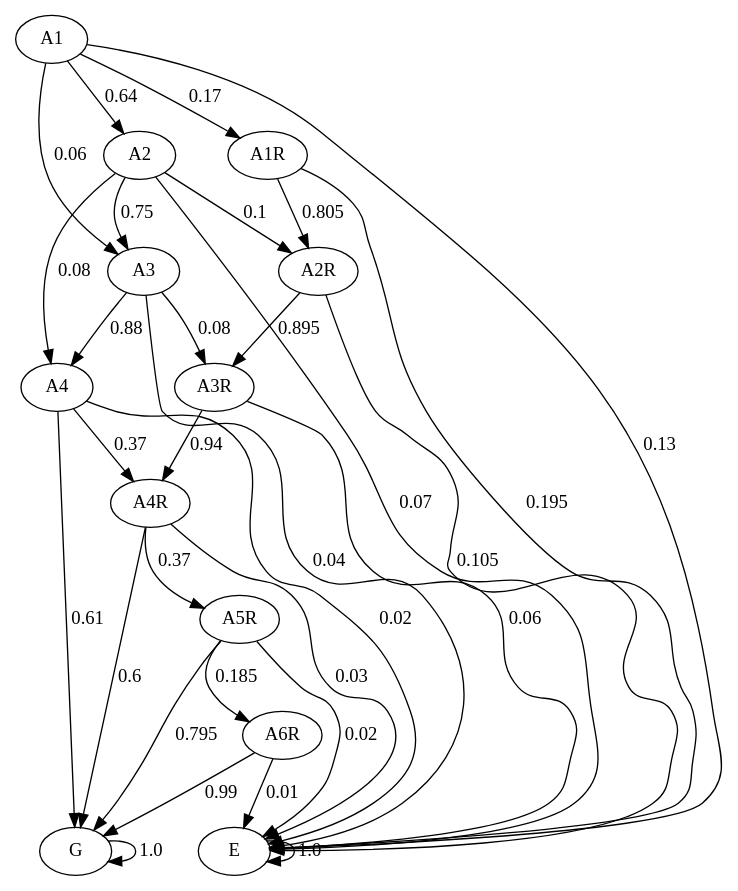
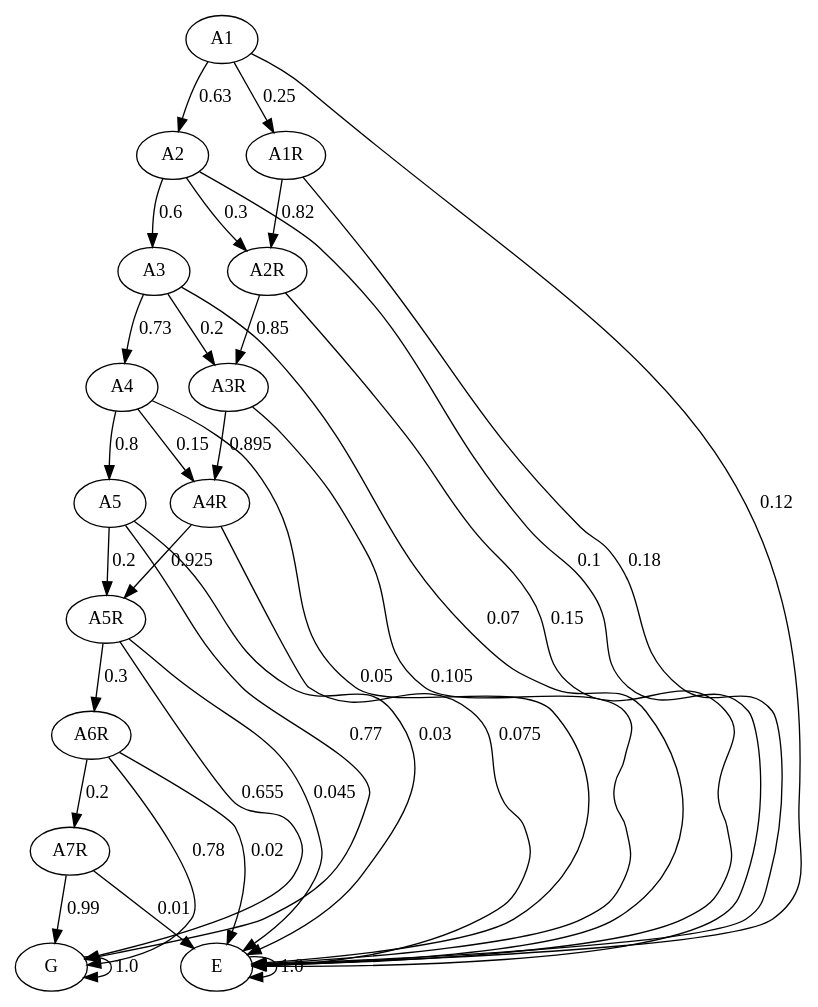
One commit to JulianaFerreira/educacao changed the diagram in graph/markov.dot. Above: the diagram before and after it, drawn with Graphviz. The commit also changed 6 other files, not shown here.

```diff
--- a/graph/markov.dot
+++ b/graph/markov.dot
@@ -1,44 +1,49 @@
 digraph  {
 A1;
 A2;
 A3;
 A4;
+A5;
 A1R;
 A2R;
 A3R;
 A4R;
 A5R;
 A6R;
+A7R;
 G;
 E;
-A1 -> A2  [key=0, label="0.64", weight="0.64"];
-A1 -> A3  [key=0, label="0.06", weight="0.06"];
-A1 -> A1R  [key=0, label="0.17", weight="0.17"];
-A1 -> E  [key=0, label="0.13", weight="0.13"];
-A2 -> A3  [key=0, label="0.75", weight="0.75"];
-A2 -> A4  [key=0, label="0.08", weight="0.08"];
-A2 -> A2R  [key=0, label="0.1", weight="0.1"];
-A2 -> E  [key=0, label="0.07", weight="0.07"];
-A3 -> A4  [key=0, label="0.88", weight="0.88"];
-A3 -> A3R  [key=0, label="0.08", weight="0.08"];
-A3 -> E  [key=0, label="0.04", weight="0.04"];
-A4 -> A4R  [key=0, label="0.37", weight="0.37"];
-A4 -> G  [key=0, label="0.61", weight="0.61"];
-A4 -> E  [key=0, label="0.02", weight="0.02"];
-A1R -> A2R  [key=0, label="0.805", weight="0.805"];
-A1R -> E  [key=0, label="0.195", weight="0.195"];
-A2R -> A3R  [key=0, label="0.895", weight="0.895"];
-A2R -> E  [key=0, label="0.105", weight="0.105"];
-A3R -> A4R  [key=0, label="0.94", weight="0.94"];
-A3R -> E  [key=0, label="0.06", weight="0.06"];
-A4R -> A5R  [key=0, label="0.37", weight="0.37"];
-A4R -> G  [key=0, label="0.6", weight="0.6"];
-A4R -> E  [key=0, label="0.03", weight="0.03"];
-A5R -> A6R  [key=0, label="0.185", weight="0.185"];
-A5R -> G  [key=0, label="0.795", weight="0.795"];
-A5R -> E  [key=0, label="0.02", weight="0.02"];
-A6R -> G  [key=0, label="0.99", weight="0.99"];
-A6R -> E  [key=0, label="0.01", weight="0.01"];
+A1 -> A2  [key=0, label="0.63", weight="0.63"];
+A1 -> A1R  [key=0, label="0.25", weight="0.25"];
+A1 -> E  [key=0, label="0.12", weight="0.12"];
+A2 -> A3  [key=0, label="0.6", weight="0.6"];
+A2 -> A2R  [key=0, label="0.3", weight="0.3"];
+A2 -> E  [key=0, label="0.1", weight="0.1"];
+A3 -> A4  [key=0, label="0.73", weight="0.73"];
+A3 -> A3R  [key=0, label="0.2", weight="0.2"];
+A3 -> E  [key=0, label="0.07", weight="0.07"];
+A4 -> A5  [key=0, label="0.8", weight="0.8"];
+A4 -> A4R  [key=0, label="0.15", weight="0.15"];
+A4 -> E  [key=0, label="0.05", weight="0.05"];
+A5 -> A5R  [key=0, label="0.2", weight="0.2"];
+A5 -> G  [key=0, label="0.77", weight="0.77"];
+A5 -> E  [key=0, label="0.03", weight="0.03"];
+A1R -> A2R  [key=0, label="0.82", weight="0.82"];
+A1R -> E  [key=0, label="0.18", weight="0.18"];
+A2R -> A3R  [key=0, label="0.85", weight="0.85"];
+A2R -> E  [key=0, label="0.15", weight="0.15"];
+A3R -> A4R  [key=0, label="0.895", weight="0.895"];
+A3R -> E  [key=0, label="0.105", weight="0.105"];
+A4R -> A5R  [key=0, label="0.925", weight="0.925"];
+A4R -> E  [key=0, label="0.075", weight="0.075"];
+A5R -> A6R  [key=0, label="0.3", weight="0.3"];
+A5R -> G  [key=0, label="0.655", weight="0.655"];
+A5R -> E  [key=0, label="0.045", weight="0.045"];
+A6R -> A7R  [key=0, label="0.2", weight="0.2"];
+A6R -> G  [key=0, label="0.78", weight="0.78"];
+A6R -> E  [key=0, label="0.02", weight="0.02"];
+A7R -> G  [key=0, label="0.99", weight="0.99"];
+A7R -> E  [key=0, label="0.01", weight="0.01"];
 G -> G  [key=0, label="1.0", weight="1.0"];
 E -> E  [key=0, label="1.0", weight="1.0"];
 }
```
